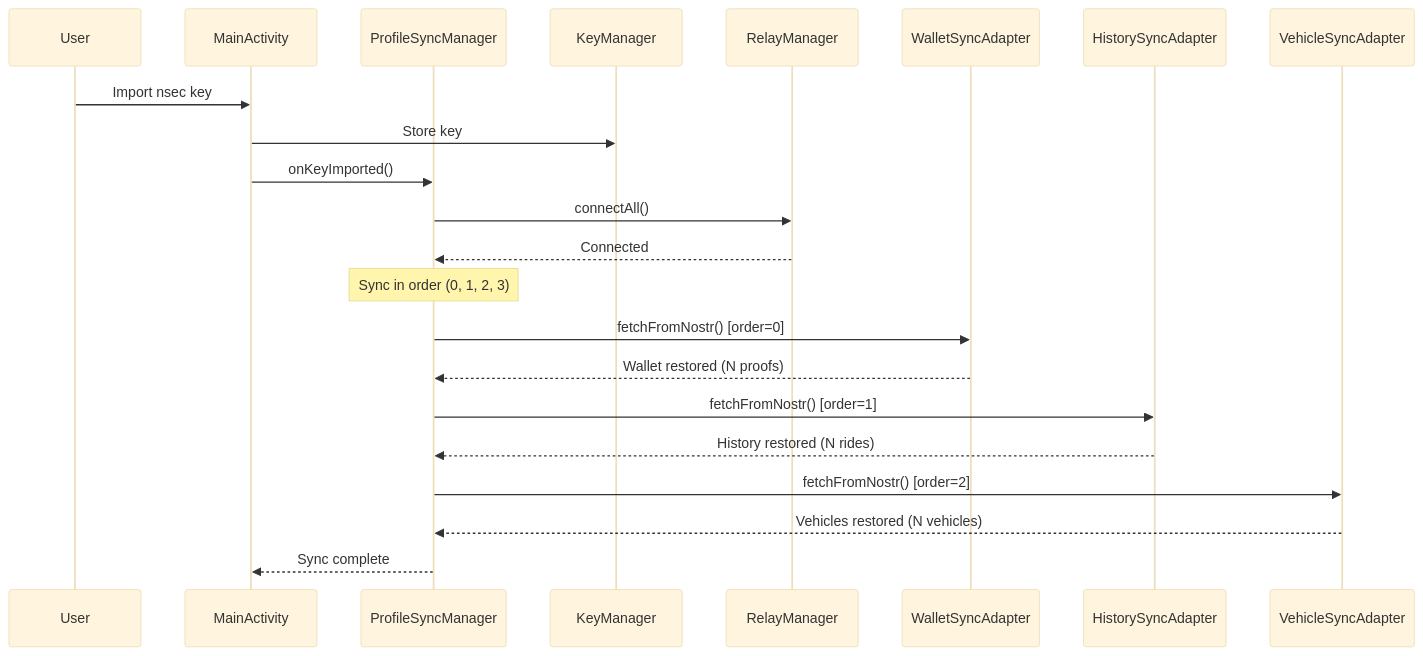
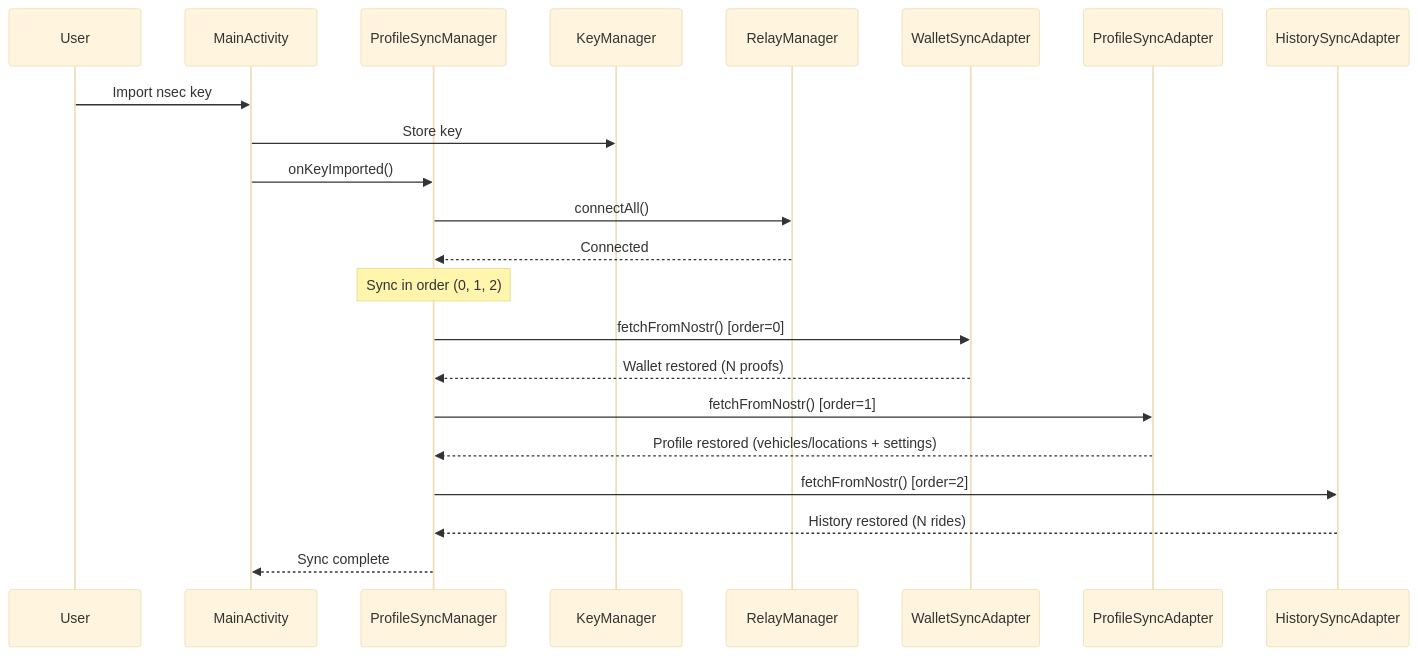
Before and after one commit to variablefate/ridestr: the sixth of 6 diagrams in docs/CONNECTIONS.md, drawn with Mermaid (base theme). The commit also changed other lines of this file and 9 other files, not shown here.

````diff
--- a/docs/CONNECTIONS.md
+++ b/docs/CONNECTIONS.md
@@ -262,31 +262,31 @@
 ```mermaid
 sequenceDiagram
     participant U as User
     participant MA as MainActivity
     participant PSM as ProfileSyncManager
     participant KM as KeyManager
     participant RM as RelayManager
     participant SA1 as WalletSyncAdapter
-    participant SA2 as HistorySyncAdapter
-    participant SA3 as VehicleSyncAdapter
+    participant SA2 as ProfileSyncAdapter
+    participant SA3 as HistorySyncAdapter
 
     U->>MA: Import nsec key
     MA->>KM: Store key
     MA->>PSM: onKeyImported()
 
     PSM->>RM: connectAll()
     RM-->>PSM: Connected
 
-    Note over PSM: Sync in order (0, 1, 2, 3)
+    Note over PSM: Sync in order (0, 1, 2)
 
     PSM->>SA1: fetchFromNostr() [order=0]
     SA1-->>PSM: Wallet restored (N proofs)
 
     PSM->>SA2: fetchFromNostr() [order=1]
-    SA2-->>PSM: History restored (N rides)
+    SA2-->>PSM: Profile restored (vehicles/locations + settings)
 
     PSM->>SA3: fetchFromNostr() [order=2]
-    SA3-->>PSM: Vehicles restored (N vehicles)
+    SA3-->>PSM: History restored (N rides)
 
     PSM-->>MA: Sync complete
 ```
````
